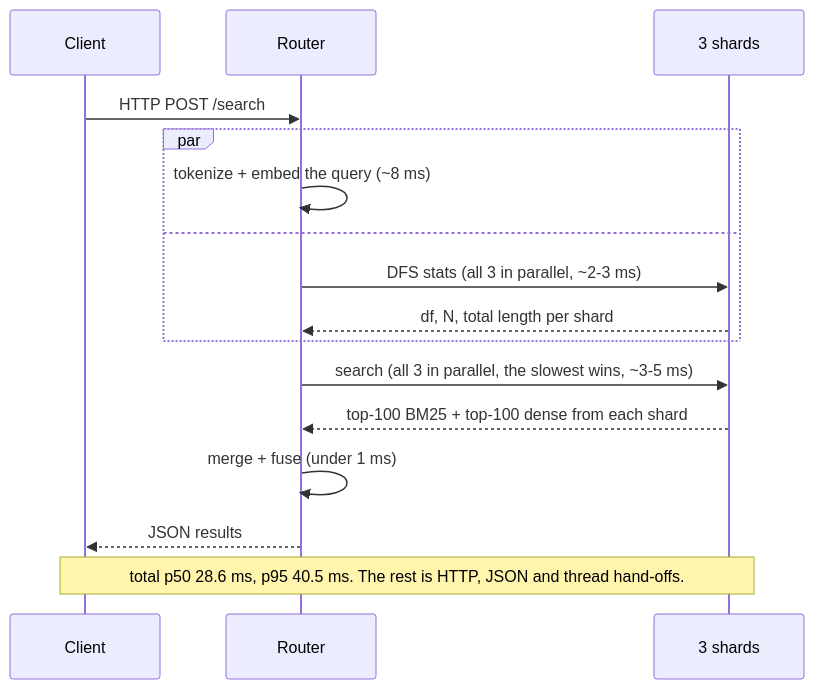
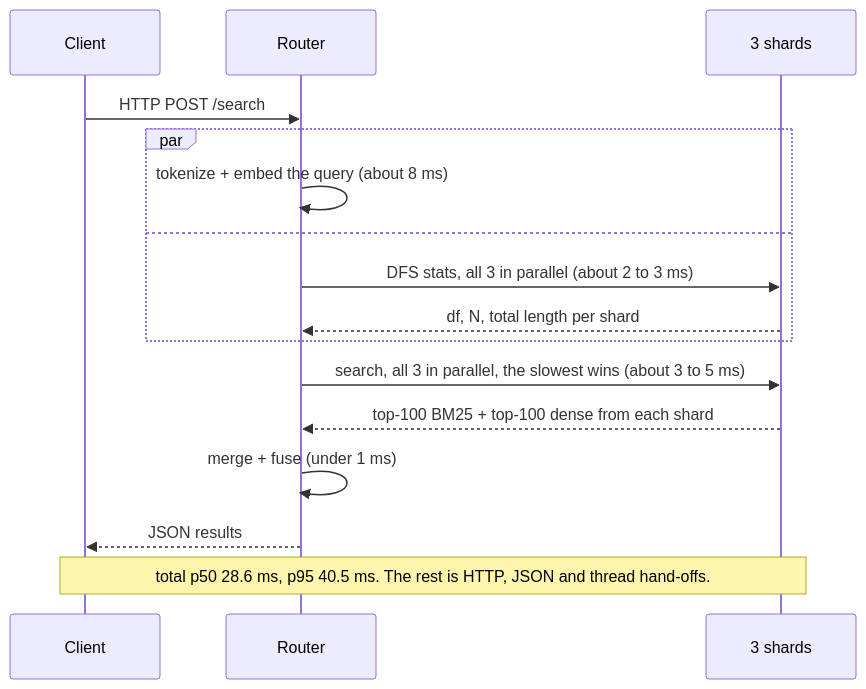
One commit to node31/fiqa-agentic-retrieval changed the diagram in docs/07_benchmarking_latency_memory.md. Above: the diagram before and after it, drawn with Mermaid. The commit also changed other lines of this file and 38 other files, not shown here.

````diff
--- a/docs/07_benchmarking_latency_memory.md
+++ b/docs/07_benchmarking_latency_memory.md
@@ -21,18 +15,18 @@
 ```mermaid
 sequenceDiagram
   participant C as Client
   participant R as Router
   participant S as 3 shards
   C->>R: HTTP POST /search
   par
-    R->>R: tokenize + embed the query (~8 ms)
+    R->>R: tokenize + embed the query (about 8 ms)
   and
-    R->>S: DFS stats (all 3 in parallel, ~2-3 ms)
+    R->>S: DFS stats, all 3 in parallel (about 2 to 3 ms)
     S-->>R: df, N, total length per shard
   end
-  R->>S: search (all 3 in parallel, the slowest wins, ~3-5 ms)
+  R->>S: search, all 3 in parallel, the slowest wins (about 3 to 5 ms)
   S-->>R: top-100 BM25 + top-100 dense from each shard
   R->>R: merge + fuse (under 1 ms)
   R-->>C: JSON results
   Note over C,S: total p50 28.6 ms, p95 40.5 ms. The rest is HTTP, JSON and thread hand-offs.
 ```
````
